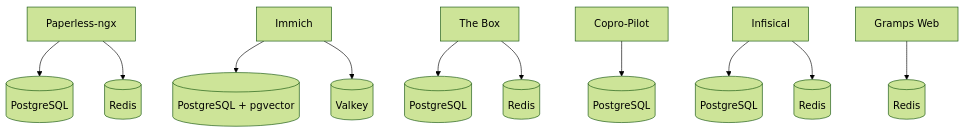
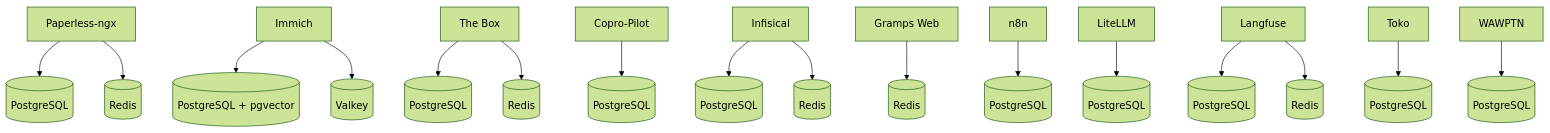
One commit to Wifsimster/docker-setup changed the diagram in docs/bases-de-donnees.md. Above: the diagram before and after it, drawn with Mermaid (forest theme). The commit also changed other lines of this file and 8 other files, not shown here.

````diff
--- a/docs/bases-de-donnees.md
+++ b/docs/bases-de-donnees.md
@@ -7,13 +7,19 @@
 ```mermaid
 graph TD
     Paperless[Paperless-ngx] --> PG1[(PostgreSQL)]
     Paperless --> R1[(Redis)]
     Immich[Immich] --> PG2[(PostgreSQL + pgvector)]
     Immich --> R2[(Valkey)]
     TheBox[The Box] --> PG3[(PostgreSQL)]
     TheBox --> R3[(Redis)]
     CoproPilot[Copro-Pilot] --> PG4[(PostgreSQL)]
     Infisical[Infisical] --> PG5[(PostgreSQL)]
     Infisical --> R4[(Redis)]
     Gramps[Gramps Web] --> R5[(Redis)]
+    n8n[n8n] --> PG6[(PostgreSQL)]
+    LiteLLM[LiteLLM] --> PG7[(PostgreSQL)]
+    Langfuse[Langfuse] --> PG8[(PostgreSQL)]
+    Langfuse --> R6[(Redis)]
+    Toko[Toko] --> PG9[(PostgreSQL)]
+    WAWPTN[WAWPTN] --> PG10[(PostgreSQL)]
 ```
````
